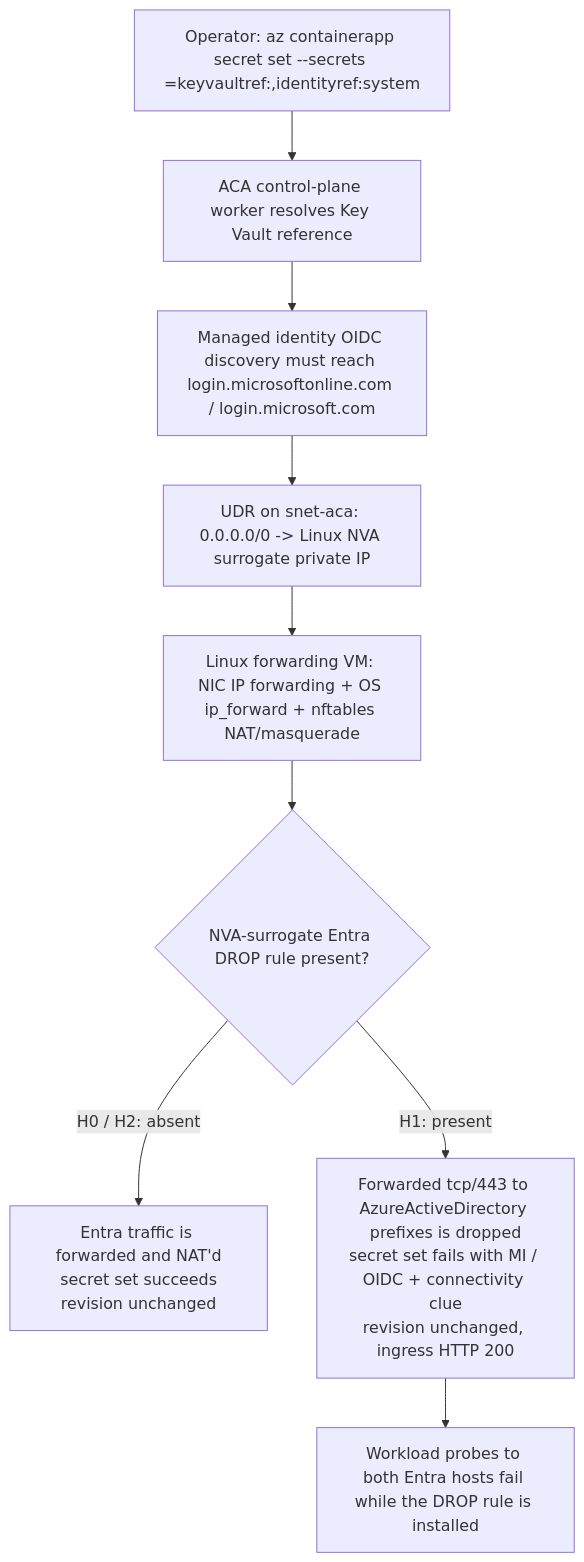
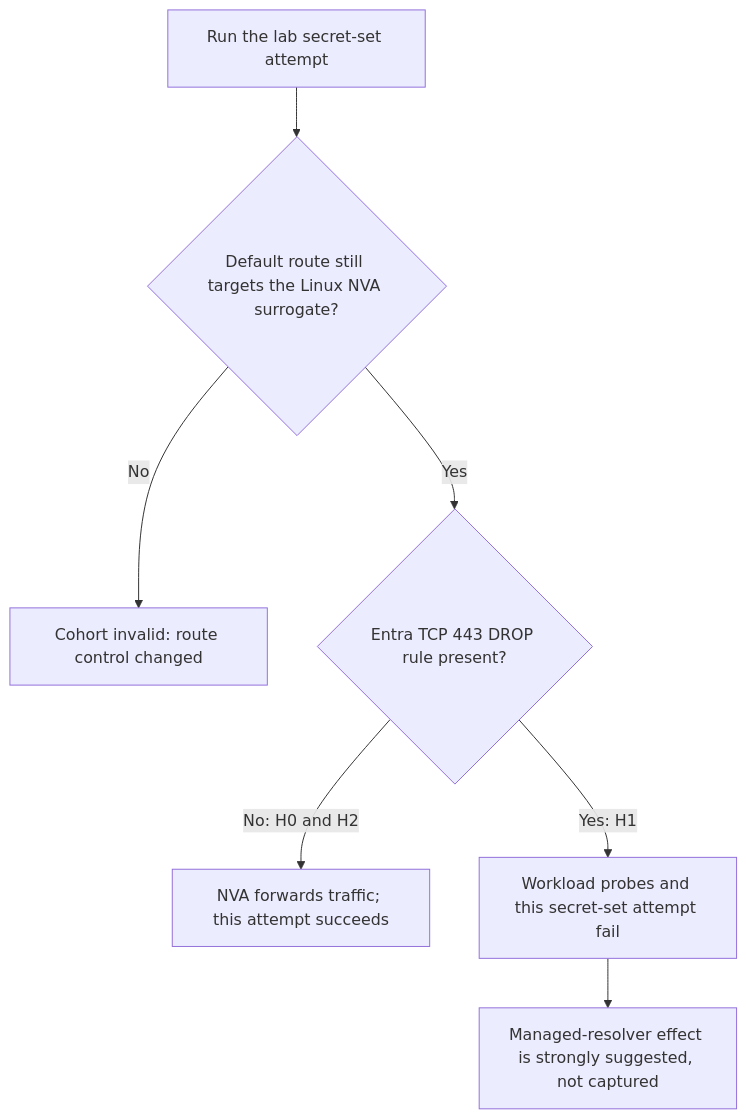
One commit to yeongseon/azure-container-apps-practical-guide changed the diagram in docs/troubleshooting/lab-guides/aca-secret-kv-ref-mi-network-path-h4f.md. Above: the diagram before and after it, drawn with Mermaid. The commit also changed other lines of this file and 23 other files, not shown here.

Commit message:
docs(diagrams): migrate the first lab-guide diagram batch (#625)

````diff
--- a/docs/troubleshooting/lab-guides/aca-secret-kv-ref-mi-network-path-h4f.md
+++ b/docs/troubleshooting/lab-guides/aca-secret-kv-ref-mi-network-path-h4f.md
@@ -55,11 +55,9 @@
 ```mermaid
 flowchart TD
-    A["Operator: az containerapp secret set --secrets <name>=keyvaultref:<url>,identityref:system"] --> B["ACA control-plane worker resolves Key Vault reference"]
-    B --> C["Managed identity OIDC discovery must reach login.microsoftonline.com / login.microsoft.com"]
-    C --> D["UDR on snet-aca: 0.0.0.0/0 -> Linux NVA surrogate private IP"]
-    D --> E["Linux forwarding VM: NIC IP forwarding + OS ip_forward + nftables NAT/masquerade"]
-    E --> F{"NVA-surrogate Entra DROP rule present?"}
-    F -->|H0 / H2: absent| G["Entra traffic is forwarded and NAT'd\nsecret set succeeds\nrevision unchanged"]
-    F -->|H1: present| H["Forwarded tcp/443 to AzureActiveDirectory prefixes is dropped\nsecret set fails with MI / OIDC + connectivity clue\nrevision unchanged, ingress HTTP 200"]
-    H --> I["Workload probes to both Entra hosts fail while the DROP rule is installed"]
+    ATTEMPT["Run the lab secret-set attempt"] --> ROUTE{"Default route still targets the Linux NVA surrogate?"}
+    ROUTE -->|No| INVALID["Cohort invalid: route control changed"]
+    ROUTE -->|Yes| DROP{"Entra TCP 443 DROP rule present?"}
+    DROP -->|No: H0 and H2| FORWARD["NVA forwards traffic; this attempt succeeds"]
+    DROP -->|Yes: H1| BLOCK["Workload probes and this secret-set attempt fail"]
+    BLOCK --> LIMIT["Managed-resolver effect is strongly suggested, not captured"]
 ```
````
